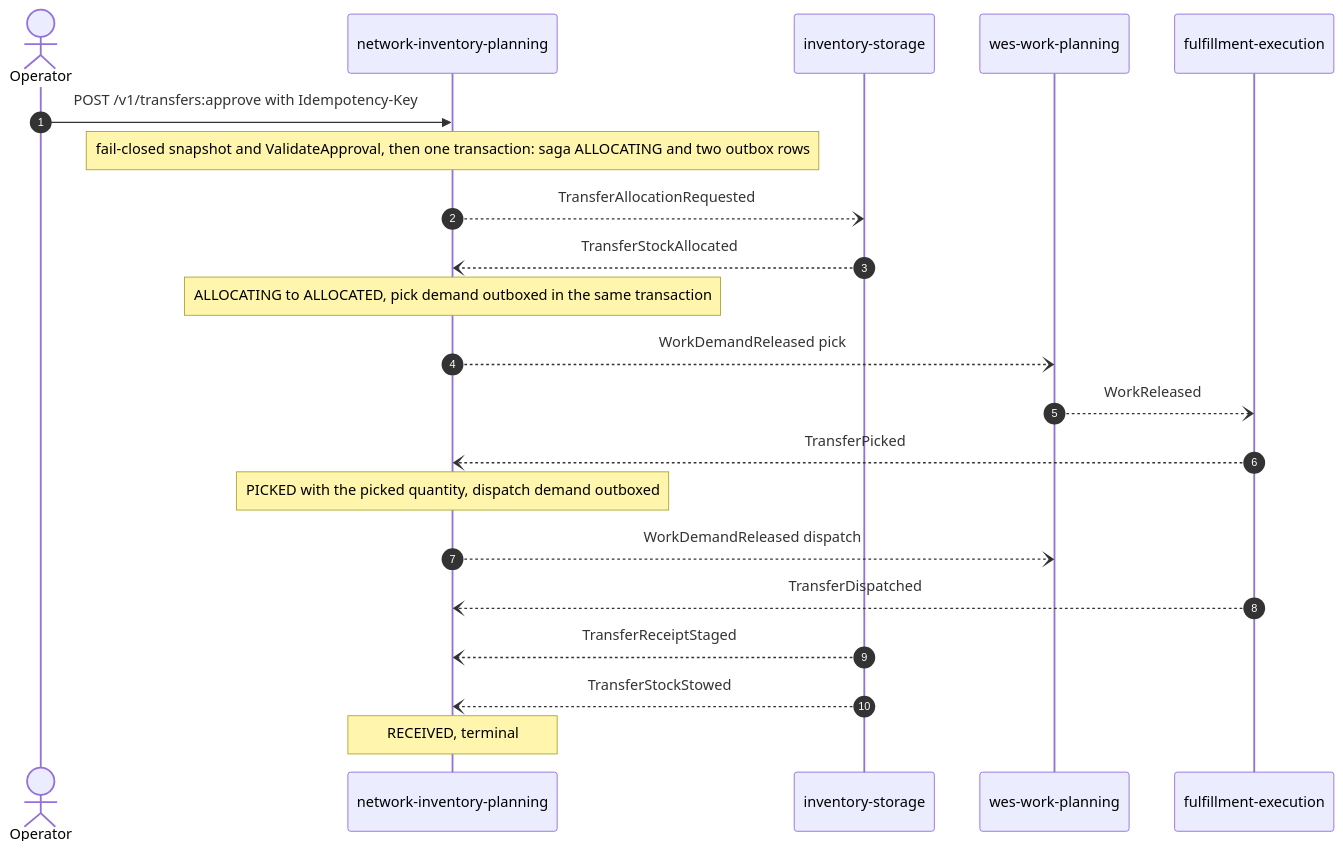
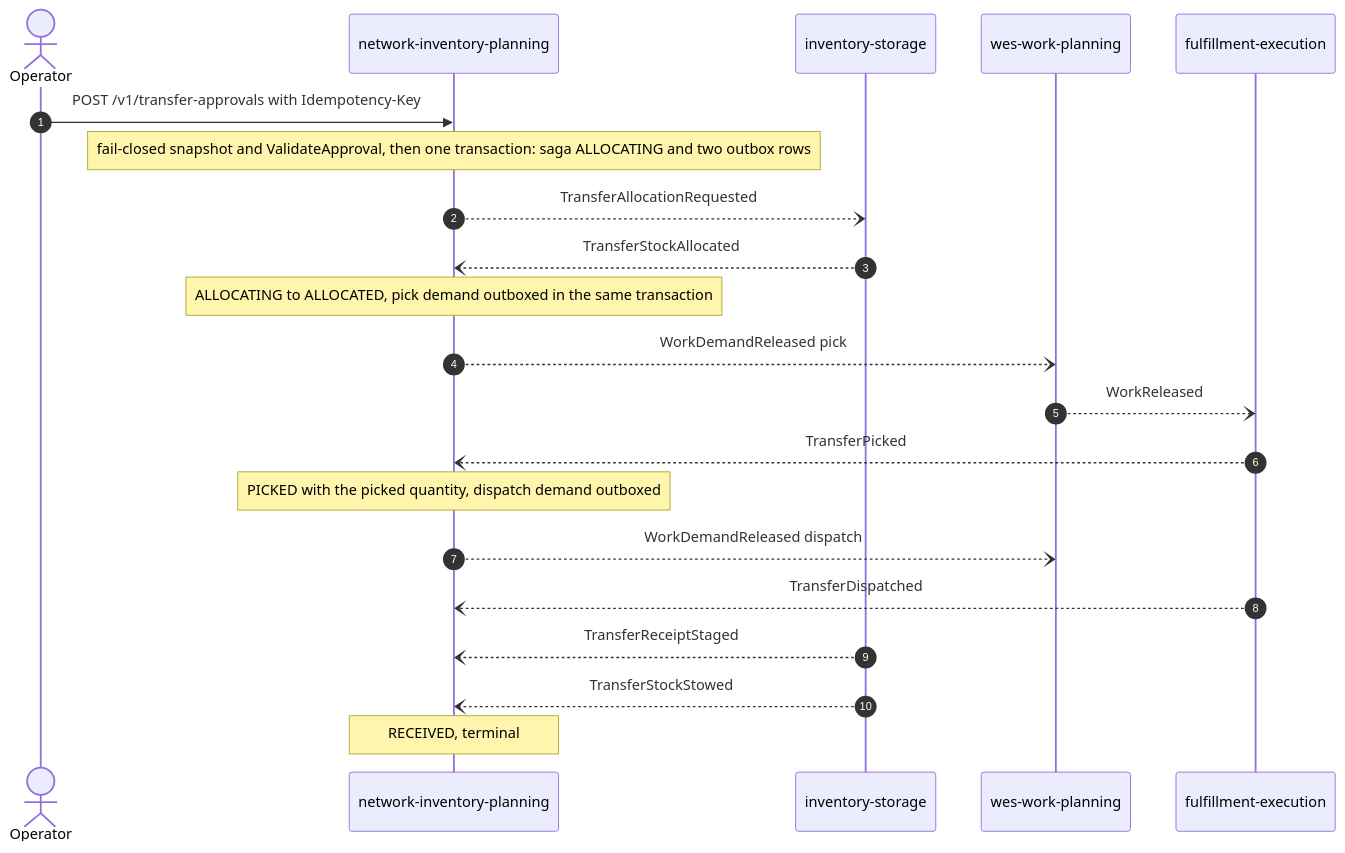
The ninth of 10 diagrams in docs/architecture/runtime-flows.md (IQVO/warehouse-docs), drawn with Mermaid before and after one commit. The commit also changed other lines of this file and 272 other files, not shown here.

````diff
--- a/docs/architecture/runtime-flows.md
+++ b/docs/architecture/runtime-flows.md
@@ -446,24 +446,24 @@
 ```mermaid
 sequenceDiagram
     autonumber
     actor Op as Operator
     participant NIP as network-inventory-planning
     participant INV as inventory-storage
     participant WP as wes-work-planning
     participant FE as fulfillment-execution
 
-    Op->>NIP: POST /v1/transfers:approve with Idempotency-Key
+    Op->>NIP: POST /v1/transfer-approvals with Idempotency-Key
     Note over NIP: fail-closed snapshot and ValidateApproval, then one transaction: saga ALLOCATING and two outbox rows
     NIP--)INV: TransferAllocationRequested
     INV--)NIP: TransferStockAllocated
     Note over NIP: ALLOCATING to ALLOCATED, pick demand outboxed in the same transaction
     NIP--)WP: WorkDemandReleased pick
     WP--)FE: WorkReleased
     FE--)NIP: TransferPicked
     Note over NIP: PICKED with the picked quantity, dispatch demand outboxed
     NIP--)WP: WorkDemandReleased dispatch
     FE--)NIP: TransferDispatched
     INV--)NIP: TransferReceiptStaged
     INV--)NIP: TransferStockStowed
     Note over NIP: RECEIVED, terminal
 ```
````
